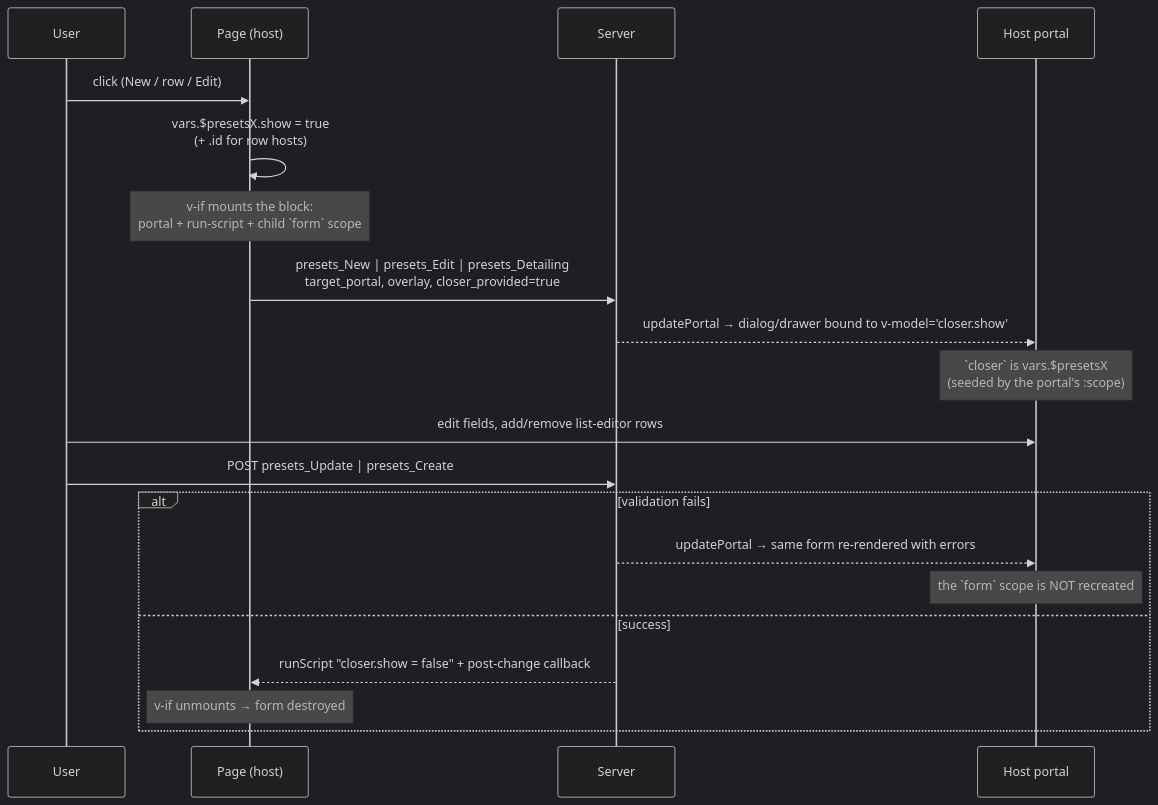
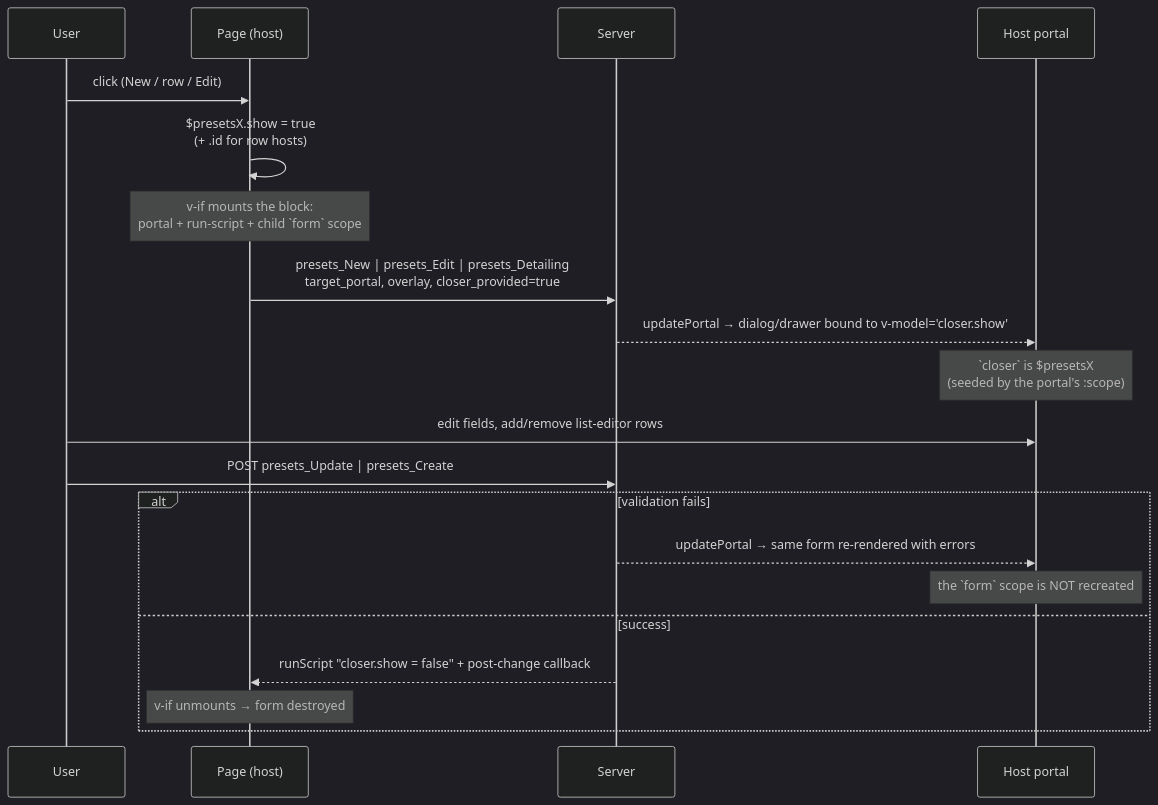
The fifth of 5 diagrams in admin/presets/docs/form-host.md (go-rvq/rvq), drawn with Mermaid (dark theme) before and after one commit. The commit also changed other lines of this file and 17 other files, not shown here.

````diff
--- a/admin/presets/docs/form-host.md
+++ b/admin/presets/docs/form-host.md
@@ -182,24 +200,24 @@
 ```mermaid
 sequenceDiagram
     participant U as User
     participant P as Page (host)
     participant S as Server
     participant O as Host portal
 
     U->>P: click (New / row / Edit)
-    P->>P: vars.$presetsX.show = true<br/>(+ .id for row hosts)
+    P->>P: $presetsX.show = true<br/>(+ .id for row hosts)
     Note over P: v-if mounts the block:<br/>portal + run-script + child `form` scope
     P->>S: presets_New | presets_Edit | presets_Detailing<br/>target_portal, overlay, closer_provided=true
     S-->>O: updatePortal → dialog/drawer bound to v-model='closer.show'
-    Note over O: `closer` is vars.$presetsX<br/>(seeded by the portal's :scope)
+    Note over O: `closer` is $presetsX<br/>(seeded by the portal's :scope)
 
     U->>O: edit fields, add/remove list-editor rows
     U->>S: POST presets_Update | presets_Create
     alt validation fails
         S-->>O: updatePortal → same form re-rendered with errors
         Note over O: the `form` scope is NOT recreated
     else success
         S-->>P: runScript "closer.show = false" + post-change callback
         Note over P: v-if unmounts → form destroyed
     end
 ```
````
